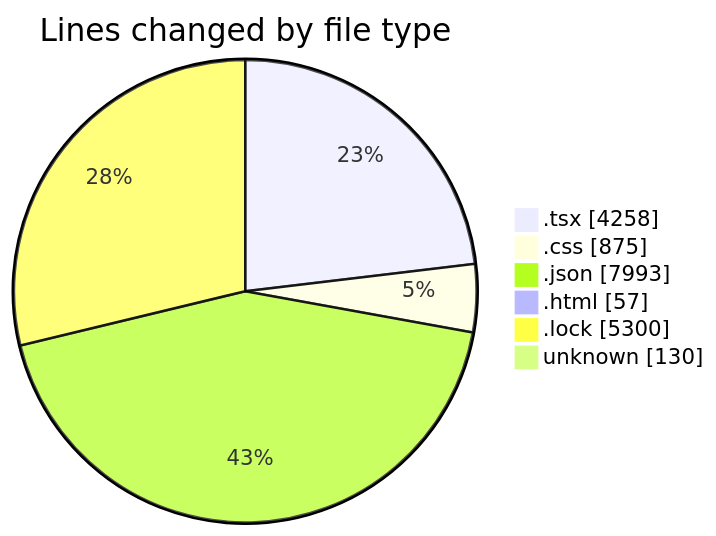
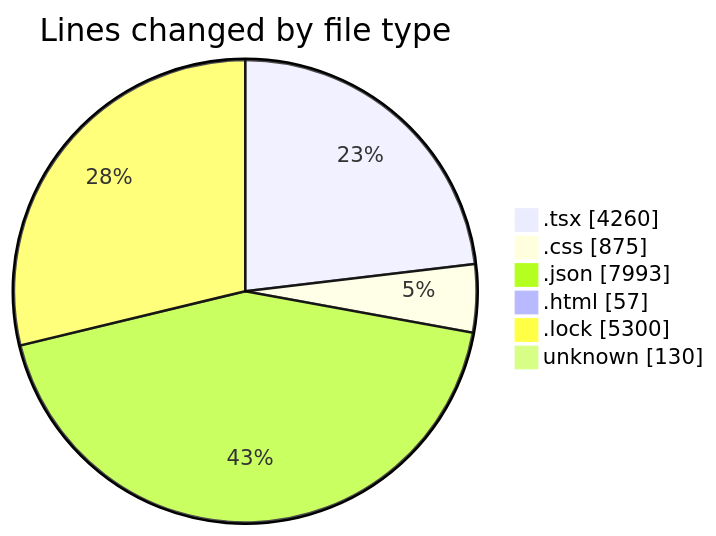
The first of 2 diagrams in 2025-08-12/ribbon/README.md (EIIisD/code-tracking), drawn with Mermaid before and after one commit. The commit also changed other lines of this file and 1 other file, not shown here.

````diff
--- a/2025-08-12/ribbon/README.md
+++ b/2025-08-12/ribbon/README.md
@@ -40,10 +40,10 @@
 ```mermaid
 pie showData
 title Lines changed by file type
-".tsx" : 4258
+".tsx" : 4260
 ".css" : 875
 ".json" : 7993
 ".html" : 57
 ".lock" : 5300
 "unknown" : 130
 ```
````
